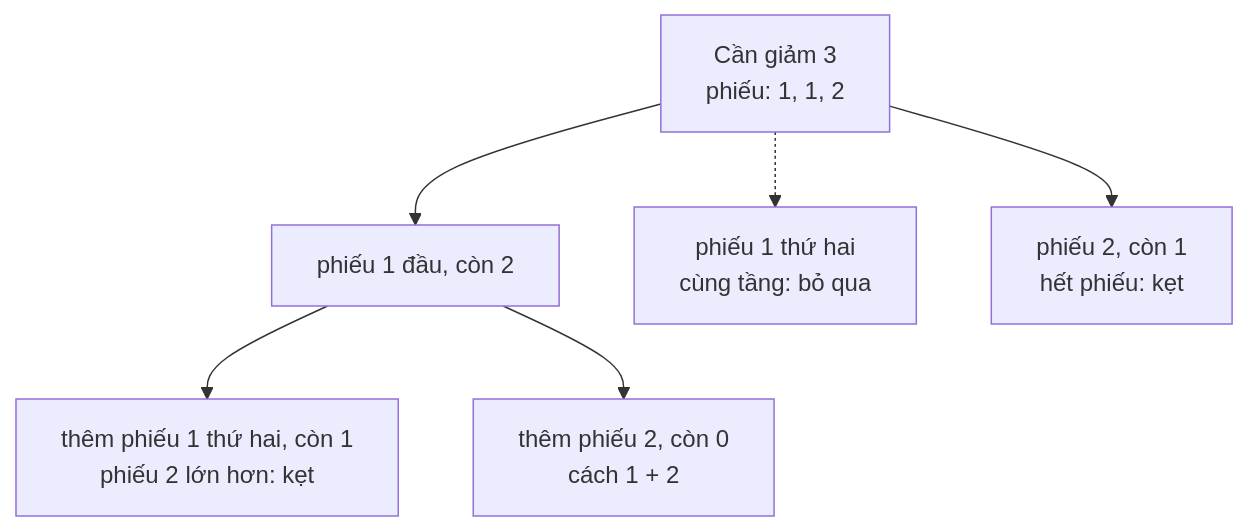
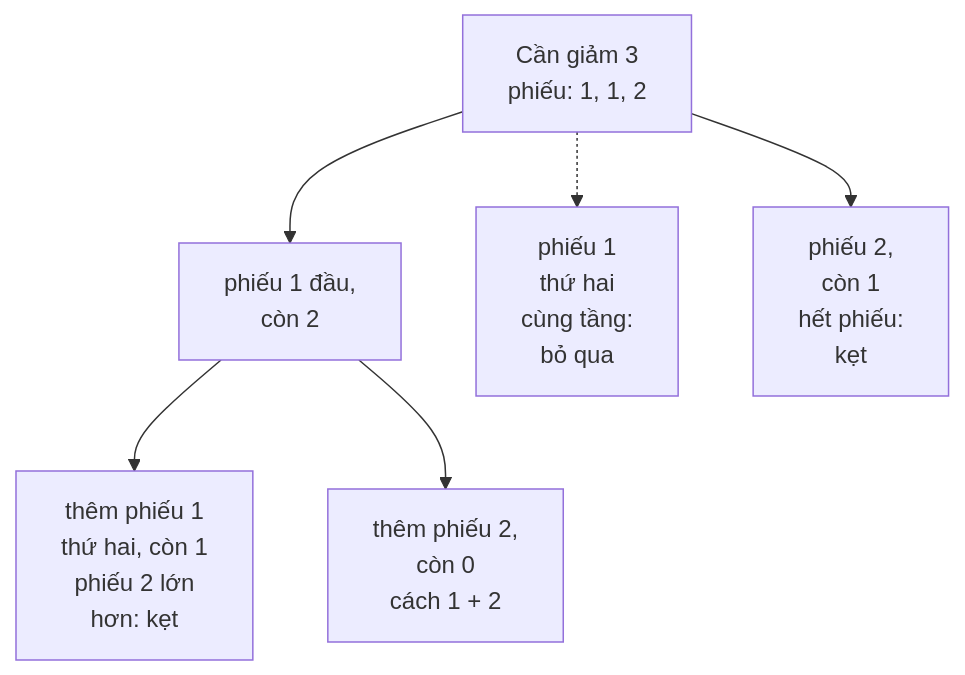
One commit to duongbui234/software-engineering-atlas changed the first of 2 diagrams in content/problems/combination-sum-ii.md. Above: the diagram before and after it, drawn with Mermaid. The commit also changed other lines of this file and 134 other files, not shown here.

First line of the commit message:
Fit every Mermaid diagram at 390px without sideways scroll (#56)

````diff
--- a/content/problems/combination-sum-ii.md
+++ b/content/problems/combination-sum-ii.md
@@ -48,14 +48,14 @@
 ```mermaid
 flowchart TB
   R["Cần giảm 3<br/>phiếu: 1, 1, 2"]
-  A["phiếu 1 đầu, còn 2"]
-  S["phiếu 1 thứ hai<br/>cùng tầng: bỏ qua"]
-  B["phiếu 2, còn 1<br/>hết phiếu: kẹt"]
-  A1["thêm phiếu 1 thứ hai, còn 1<br/>phiếu 2 lớn hơn: kẹt"]
-  A2["thêm phiếu 2, còn 0<br/>cách 1 + 2"]
+  A["phiếu 1 đầu,<br/>còn 2"]
+  S["phiếu 1<br/>thứ hai<br/>cùng tầng:<br/>bỏ qua"]
+  B["phiếu 2,<br/>còn 1<br/>hết phiếu:<br/>kẹt"]
+  A1["thêm phiếu 1<br/>thứ hai, còn 1<br/>phiếu 2 lớn<br/>hơn: kẹt"]
+  A2["thêm phiếu 2,<br/>còn 0<br/>cách 1 + 2"]
   R --> A
   R -.-> S
   R --> B
   A --> A1
   A --> A2
 ```
````
